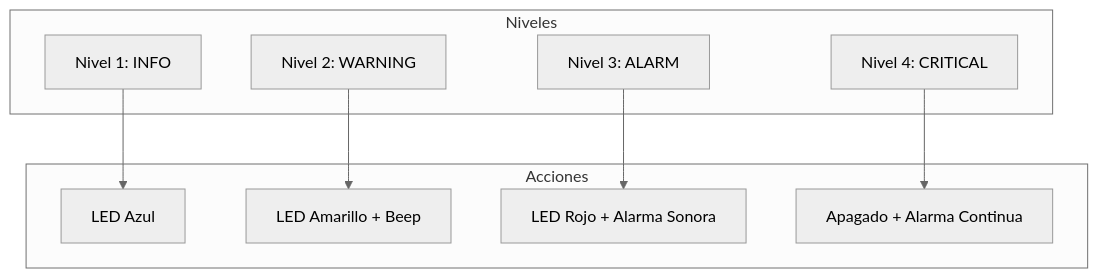
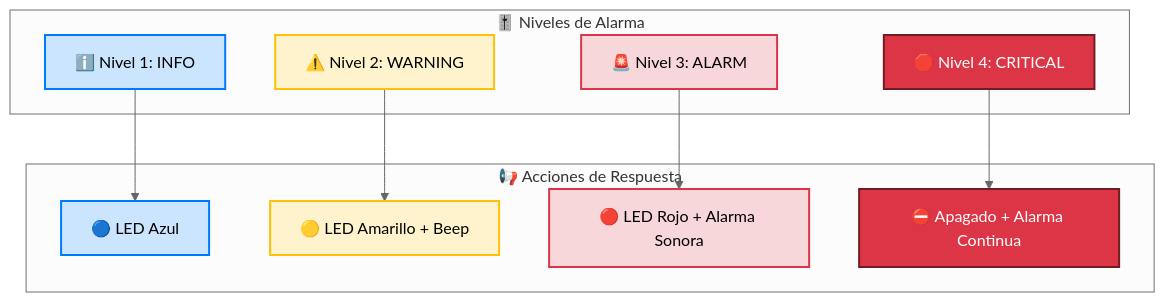
Before and after one commit to medicalopenworld/IncuNest-Docs: the third of 5 diagrams in docs/docs/architecture/system-design.md, drawn with Mermaid (neutral theme). The commit also changed other lines of this file and 11 other files, not shown here.

Commit message:
Update Spanish documentation diagrams to beautiful mermaid style

````diff
--- a/docs/docs/architecture/system-design.md
+++ b/docs/docs/architecture/system-design.md
@@ -188,21 +227,31 @@
 ```mermaid
-flowchart TD
-    subgraph Niveles
-        L1[Nivel 1: INFO]
-        L2[Nivel 2: WARNING]
-        L3[Nivel 3: ALARM]
-        L4[Nivel 4: CRITICAL]
+graph TB
+    subgraph Niveles [🎚️ Niveles de Alarma]
+        L1[ℹ️ Nivel 1: INFO]
+        L2[⚠️ Nivel 2: WARNING]
+        L3[🚨 Nivel 3: ALARM]
+        L4[🛑 Nivel 4: CRITICAL]
     end
     
-    subgraph Acciones
-        A1[LED Azul]
-        A2[LED Amarillo + Beep]
-        A3[LED Rojo + Alarma Sonora]
-        A4[Apagado + Alarma Continua]
+    subgraph Acciones [📢 Acciones de Respuesta]
+        A1[🔵 LED Azul]
+        A2[🟡 LED Amarillo + Beep]
+        A3[🔴 LED Rojo + Alarma Sonora]
+        A4[⛔ Apagado + Alarma Continua]
     end
     
     L1 --> A1
     L2 --> A2
     L3 --> A3
     L4 --> A4
+    
+    classDef info fill:#cce5ff,stroke:#007bff,stroke-width:2px
+    classDef warning fill:#fff3cd,stroke:#ffc107,stroke-width:2px
+    classDef alarm fill:#f8d7da,stroke:#dc3545,stroke-width:2px
+    classDef critical fill:#dc3545,stroke:#721c24,stroke-width:2px,color:#fff
+    
+    class L1,A1 info
+    class L2,A2 warning
+    class L3,A3 alarm
+    class L4,A4 critical
 ```
````
